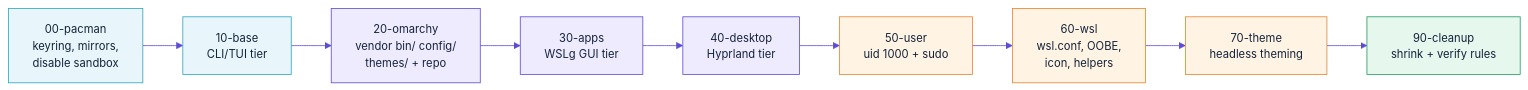
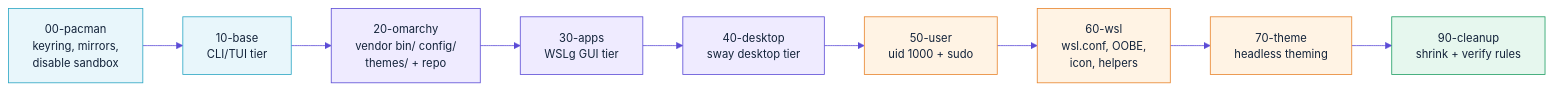
Before and after one commit to clarenceb/omarchy-wsl2: the second of 3 diagrams in README.md, drawn with Mermaid. The commit also changed other lines of this file and 8 other files, not shown here.

````diff
--- a/README.md
+++ b/README.md
@@ -141,22 +148,22 @@
 ```mermaid
 %%{init: {'theme':'base','themeVariables':{'primaryColor':'#E8F6FB','primaryTextColor':'#13233A','primaryBorderColor':'#2AA6C4','lineColor':'#5B4BD6','fontSize':'14px'}}}%%
 flowchart LR
     S0["00-pacman<br/>keyring, mirrors,<br/>disable sandbox"] --> S1["10-base<br/>CLI/TUI tier"]
     S1 --> S2["20-omarchy<br/>vendor bin/ config/<br/>themes/ + repo"]
     S2 --> S3["30-apps<br/>WSLg GUI tier"]
-    S3 --> S4["40-desktop<br/>Hyprland tier"]
+    S3 --> S4["40-desktop<br/>sway desktop tier"]
     S4 --> S5["50-user<br/>uid 1000 + sudo"]
     S5 --> S6["60-wsl<br/>wsl.conf, OOBE,<br/>icon, helpers"]
     S6 --> S7["70-theme<br/>headless theming"]
     S7 --> S8["90-cleanup<br/>shrink + verify rules"]
 
     style S0 fill:#E8F6FB,stroke:#2AA6C4,color:#13233A
     style S1 fill:#E8F6FB,stroke:#2AA6C4,color:#13233A
     style S2 fill:#EFEBFF,stroke:#5B4BD6,color:#13233A
     style S3 fill:#EFEBFF,stroke:#5B4BD6,color:#13233A
     style S4 fill:#EFEBFF,stroke:#5B4BD6,color:#13233A
     style S5 fill:#FFF3E4,stroke:#E8842B,color:#13233A
     style S6 fill:#FFF3E4,stroke:#E8842B,color:#13233A
     style S7 fill:#FFF3E4,stroke:#E8842B,color:#13233A
     style S8 fill:#E6F7EE,stroke:#1E9E63,color:#13233A
 ```
````
